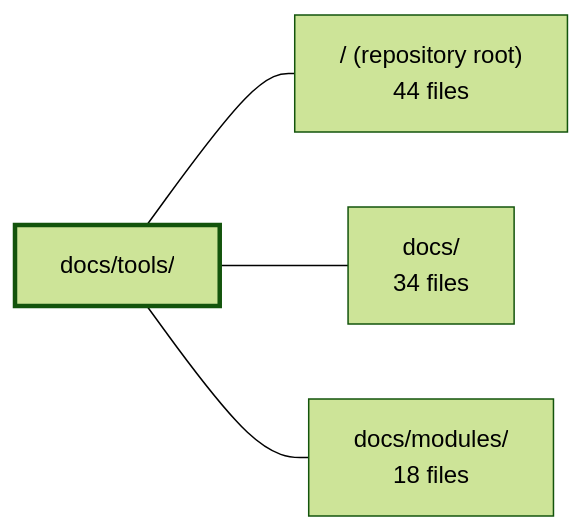
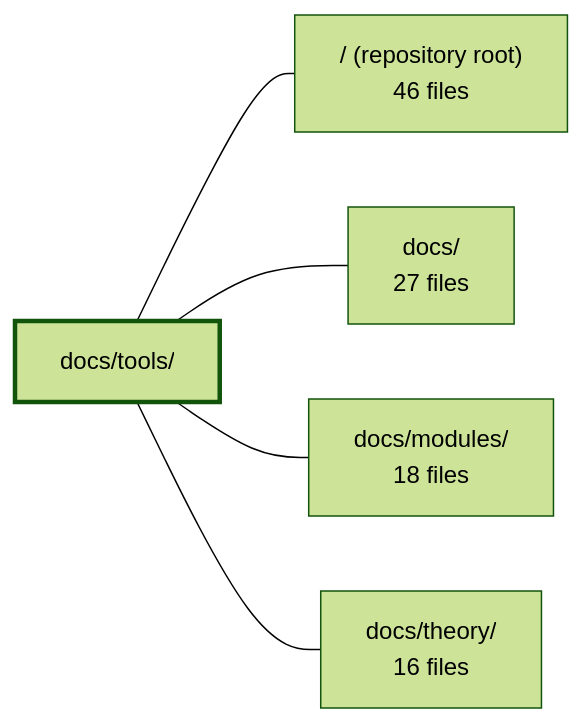
The diagram in .2repo/modules/boilerplate-node-backend_docs_tools.md (Guebbit/boilerplate-node-backend), drawn with Mermaid (forest theme) before and after one commit. The commit also changed other lines of this file and 302 other files, not shown here.

First line of the commit message:
chore(2repo): refresh repo context, wiki, and architecture snapshots

````diff
--- a/.2repo/modules/boilerplate-node-backend_docs_tools.md
+++ b/.2repo/modules/boilerplate-node-backend_docs_tools.md
@@ -39,11 +40,13 @@
 ```mermaid
 flowchart LR
     m_docs_tools["docs/tools/"]
-    m_root["/ (repository root)<br/>44 files"]
-    m_docs["docs/<br/>34 files"]
+    m_root["/ (repository root)<br/>46 files"]
+    m_docs["docs/<br/>27 files"]
     m_docs_modules["docs/modules/<br/>18 files"]
+    m_docs_theory["docs/theory/<br/>16 files"]
     m_docs_tools --- m_root
     m_docs_tools --- m_docs
     m_docs_tools --- m_docs_modules
+    m_docs_tools --- m_docs_theory
     style m_docs_tools stroke-width:3px
 ```
````
